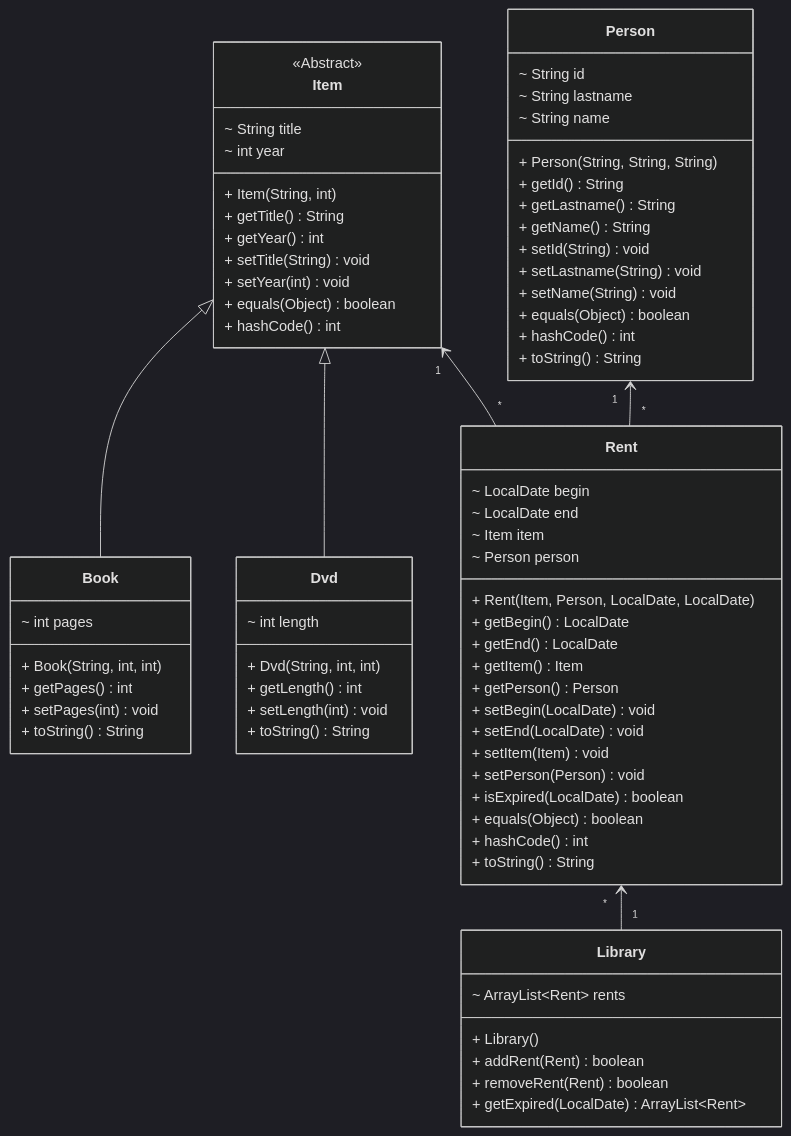
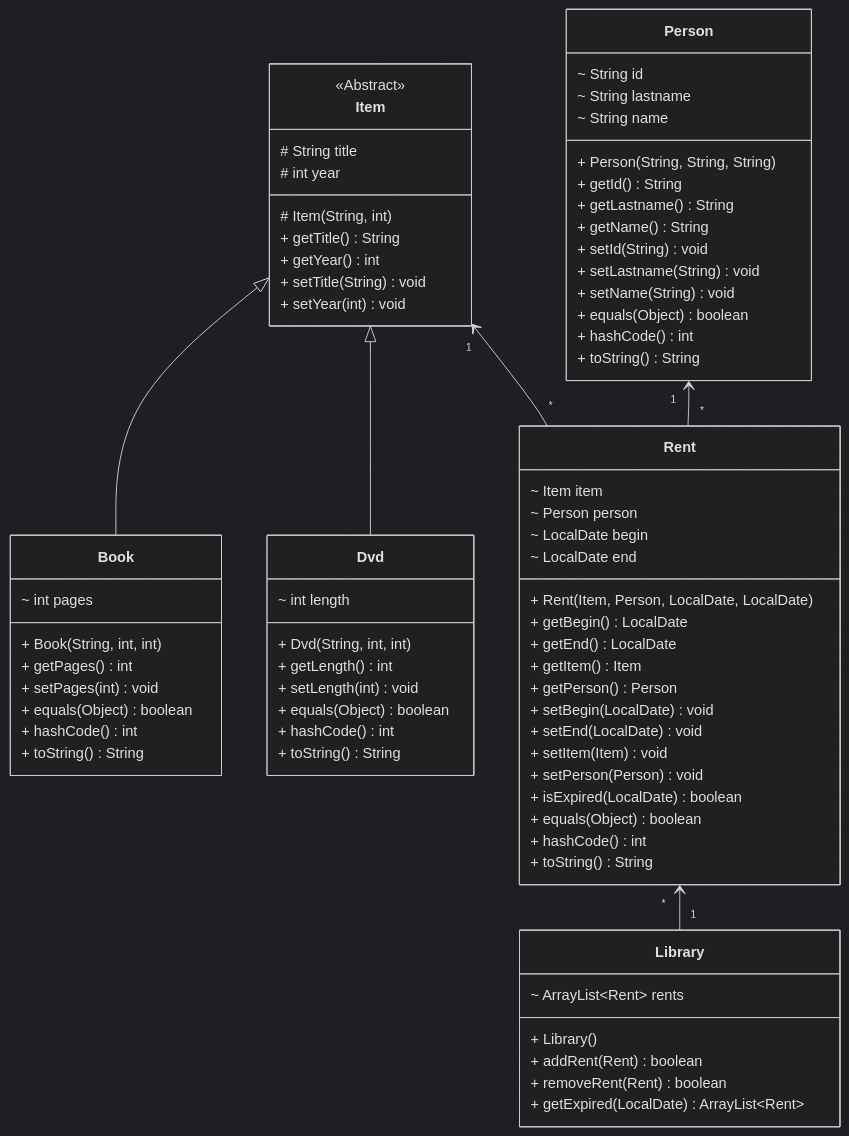
Diagram 13 of 13 in exercices/src/main/java/oop/README.md (MarinCervinschi/ObjectOrientedProgramming), drawn with Mermaid (dark theme) before and after one commit. The commit also changed other lines of this file and 6 other files, not shown here.

````diff
--- a/exercices/src/main/java/oop/README.md
+++ b/exercices/src/main/java/oop/README.md
@@ -569,77 +573,79 @@
 ```mermaid
 classDiagram
 direction BT
 class Item {
     <<Abstract>>
-    ~ String title
-    ~ int year
-    + Item(String, int)
+    # String title
+    # int year
+    # Item(String, int)
     + getTitle() String
     + getYear() int
     + setTitle(String) void
     + setYear(int) void
-    + equals(Object) boolean
-    + hashCode() int
 }
 class Book {
     ~ int pages
     + Book(String, int, int)
     + getPages() int
     + setPages(int) void
+    + equals(Object) boolean
+    + hashCode() int
     + toString() String
 }
 class Dvd {
     ~ int length
     + Dvd(String, int, int)
     + getLength() int
     + setLength(int) void
+    + equals(Object) boolean
+    + hashCode() int
     + toString() String
 }
 class Person {
     ~ String id
     ~ String lastname
     ~ String name
     + Person(String, String, String)
     + getId() String
     + getLastname() String
     + getName() String
     + setId(String) void
     + setLastname(String) void
     + setName(String) void
     + equals(Object) boolean
     + hashCode() int
     + toString() String
 }
 class Rent {
+    ~ Item item
+    ~ Person person
     ~ LocalDate begin
     ~ LocalDate end
-    ~ Item item
-    ~ Person person
     + Rent(Item, Person, LocalDate, LocalDate)
     + getBegin() LocalDate
     + getEnd() LocalDate
     + getItem() Item
     + getPerson() Person
     + setBegin(LocalDate) void
     + setEnd(LocalDate) void
     + setItem(Item) void
     + setPerson(Person) void
     + isExpired(LocalDate) boolean
     + equals(Object) boolean
     + hashCode() int
     + toString() String
 }
 class Library {
     ~ ArrayList~Rent~ rents
     + Library()
     + addRent(Rent) boolean
     + removeRent(Rent) boolean
     + getExpired(LocalDate) ArrayList~Rent~
 }
 
 Book  --|>  Item
 Dvd  --|>  Item
 Rent "*" --> "1" Person
 Rent "*" --> "1" Item
 Library "1" --> "*" Rent
 ```
````
